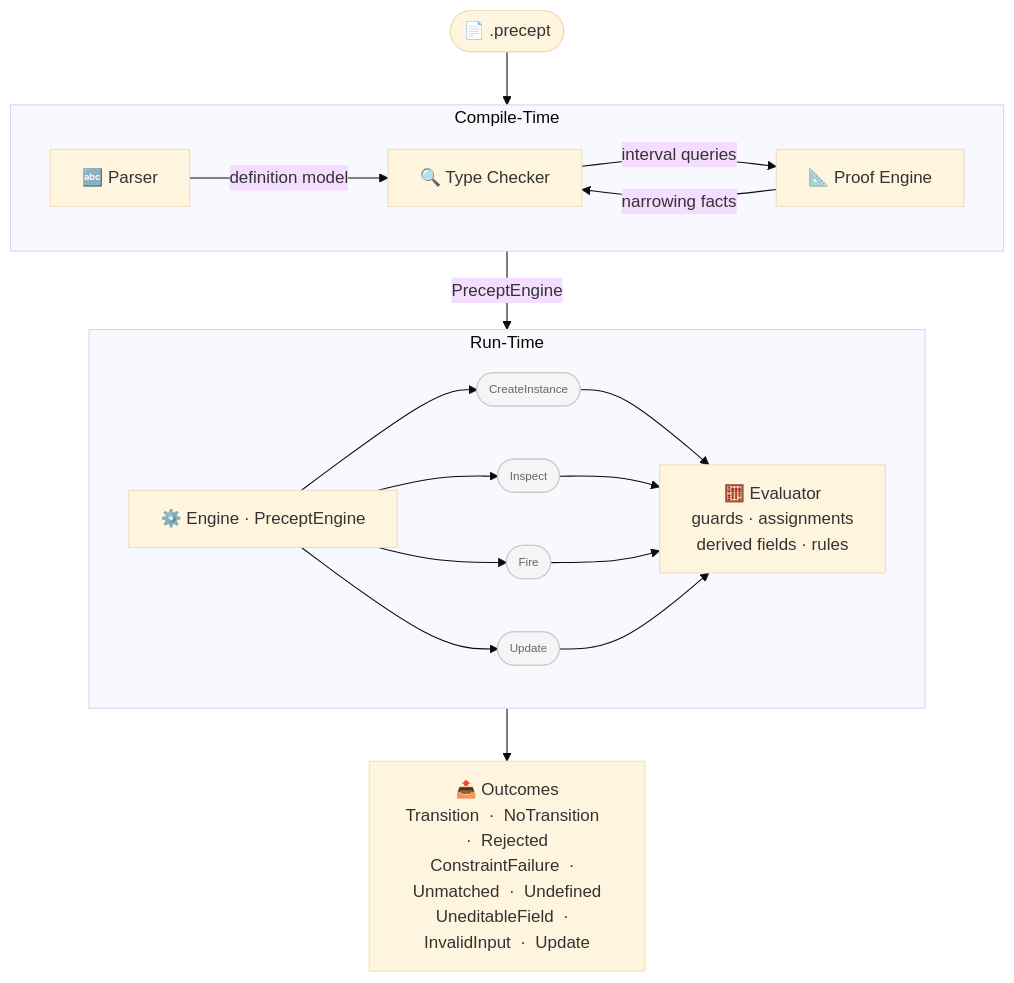
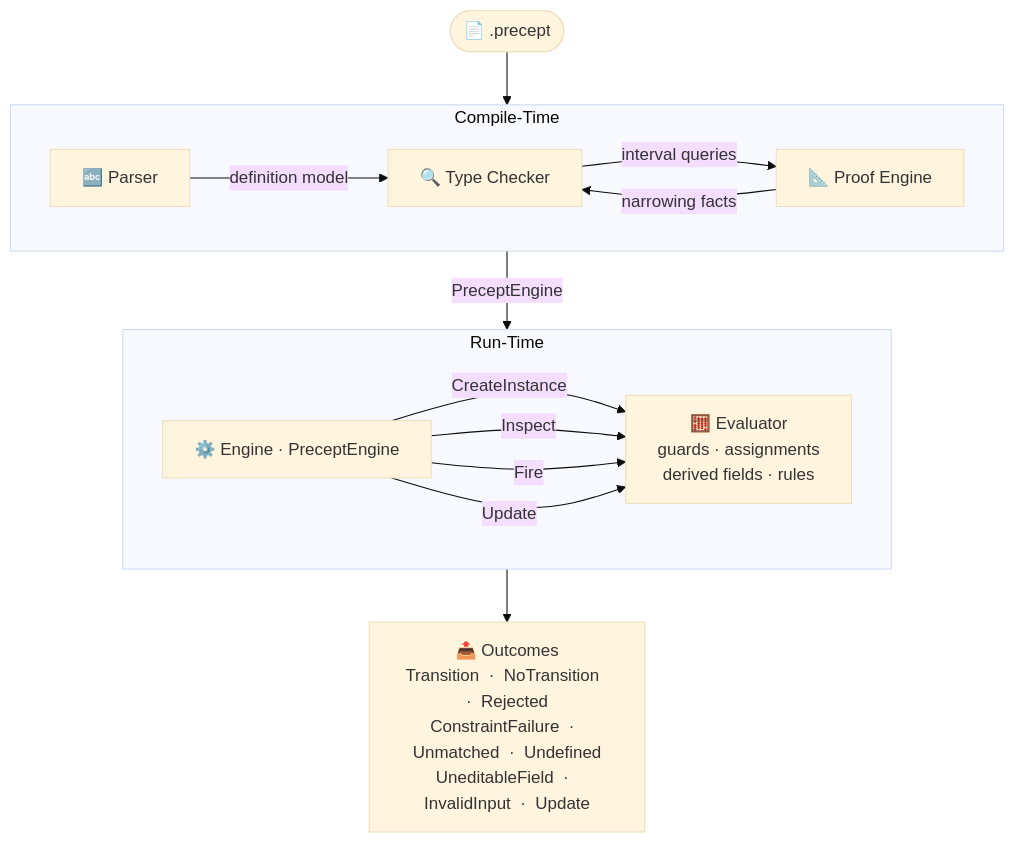
Before and after one commit to sfalik/Precept: the diagram in docs/ArchitectureDesign.md, drawn with Mermaid (base theme).

Commit message:
docs: operations as edge labels ENG->EVAL, matching CT edge label style

````diff
--- a/docs/ArchitectureDesign.md
+++ b/docs/ArchitectureDesign.md
@@ -21,35 +21,25 @@
 ```mermaid
 flowchart TD
     src(["📄 .precept"])
 
     subgraph CT["Compile-Time"]
         P["🔤 Parser"] -->|definition model| TC["🔍 Type Checker"]
         TC -->|interval queries| PE["📐 Proof Engine"]
         PE -->|narrowing facts| TC
     end
 
     subgraph RT["Run-Time"]
         ENG["⚙️ Engine  ·  PreceptEngine"]
-        I1(["CreateInstance"]):::op
-        I2(["Inspect"]):::op
-        FIRE(["Fire"]):::op
-        UPD(["Update"]):::op
         EVAL["🧮 Evaluator\nguards · assignments\nderived fields · rules"]
-        ENG --> I1
-        ENG --> I2
-        ENG --> FIRE
-        ENG --> UPD
-        I1 --> EVAL
-        I2 --> EVAL
-        FIRE --> EVAL
-        UPD --> EVAL
+        ENG -->|CreateInstance| EVAL
+        ENG -->|Inspect| EVAL
+        ENG -->|Fire| EVAL
+        ENG -->|Update| EVAL
     end
 
     OUT["📤 Outcomes\nTransition  ·  NoTransition  ·  Rejected\nConstraintFailure  ·  Unmatched  ·  Undefined\nUneditableField  ·  InvalidInput  ·  Update"]
 
     src --> CT
     CT -->|PreceptEngine| RT
     RT --> OUT
-
-    classDef op font-size:11px,fill:#f5f5f5,stroke:#ccc,color:#666
 ```
````
